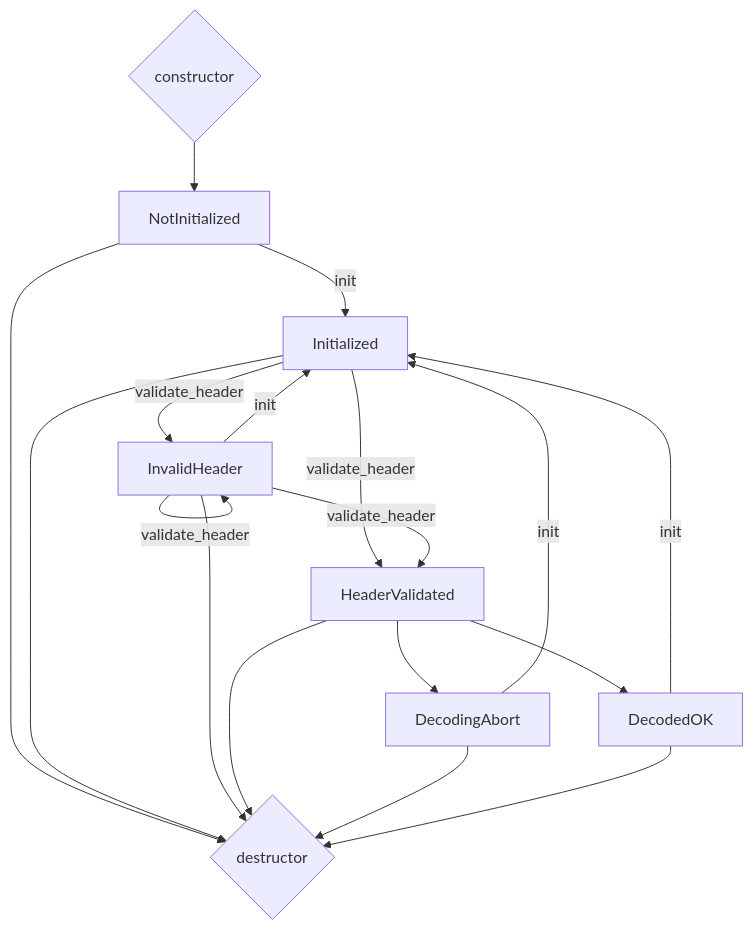
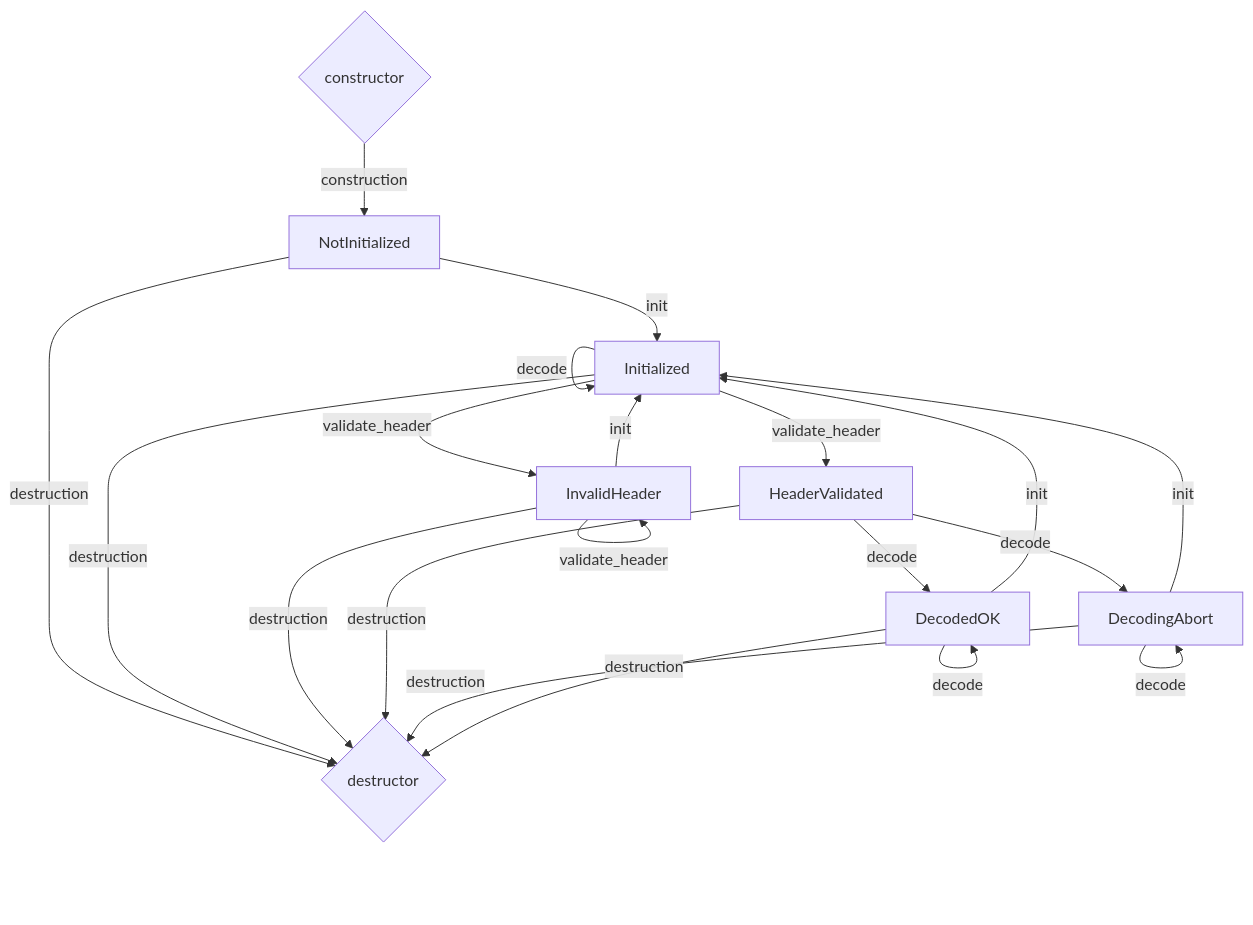
One commit to fluorohead/gia_tga changed the first of 2 diagrams in readme.md. Above: the diagram before and after it, drawn with Mermaid. The commit also changed other lines of this file, not shown here.

Commit message:
readme edited

````diff
--- a/readme.md
+++ b/readme.md
@@ -50,20 +50,23 @@
 ```mermaid
 graph TD;
-c{constructor}-->NotInitialized;
+c{constructor}--construction-->NotInitialized;
 NotInitialized--init-->Initialized;
-NotInitialized-->d{destructor};
+NotInitialized--destruction-->d{destructor};
 Initialized--validate_header-->HeaderValidated;
 Initialized--validate_header-->InvalidHeader;
-Initialized-->d{destructor};
-InvalidHeader--validate_header-->HeaderValidated;
+Initialized--decode-->Initialized;
+Initialized--destruction-->d{destructor};
+InvalidHeader--decode-->InvalidHeader;
 InvalidHeader--validate_header-->InvalidHeader;
 InvalidHeader--init-->Initialized;
-InvalidHeader-->d{destructor};
-HeaderValidated-->DecodedOK;
-HeaderValidated-->DecodingAbort;
-HeaderValidated-->d{destructor};
+InvalidHeader--destruction-->d{destructor};
+HeaderValidated--decode-->DecodedOK;
+HeaderValidated--decode-->DecodingAbort;
+HeaderValidated--destruction-->d{destructor};
 DecodedOK--init-->Initialized;
 DecodingAbort--init-->Initialized;
-DecodingAbort-->d{destructor};
-DecodedOK-->d{destructor};
+DecodingAbort--destruction-->d{destructor};
+DecodingAbort--decode-->DecodingAbort;
+DecodedOK--decode-->DecodedOK;
+DecodedOK--destruction-->d{destructor};
 ```
````
